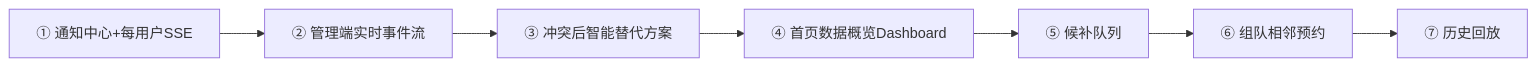
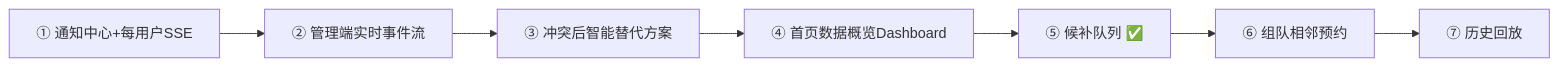
The diagram in docs/12-enhancement-plan.md (vintcessun/SeatWiseCampus), drawn with Mermaid before and after one commit. The commit also changed other lines of this file and 17 other files, not shown here.

````diff
--- a/docs/12-enhancement-plan.md
+++ b/docs/12-enhancement-plan.md
@@ -13,7 +13,7 @@
 ```mermaid
 flowchart LR
     N[① 通知中心+每用户SSE] --> E[② 管理端实时事件流]
     E --> C[③ 冲突后智能替代方案]
     C --> D[④ 首页数据概览Dashboard]
-    D --> W[⑤ 候补队列] --> G[⑥ 组队相邻预约] --> H[⑦ 历史回放]
+    D --> W[⑤ 候补队列 ✅] --> G[⑥ 组队相邻预约] --> H[⑦ 历史回放]
 ```
````
